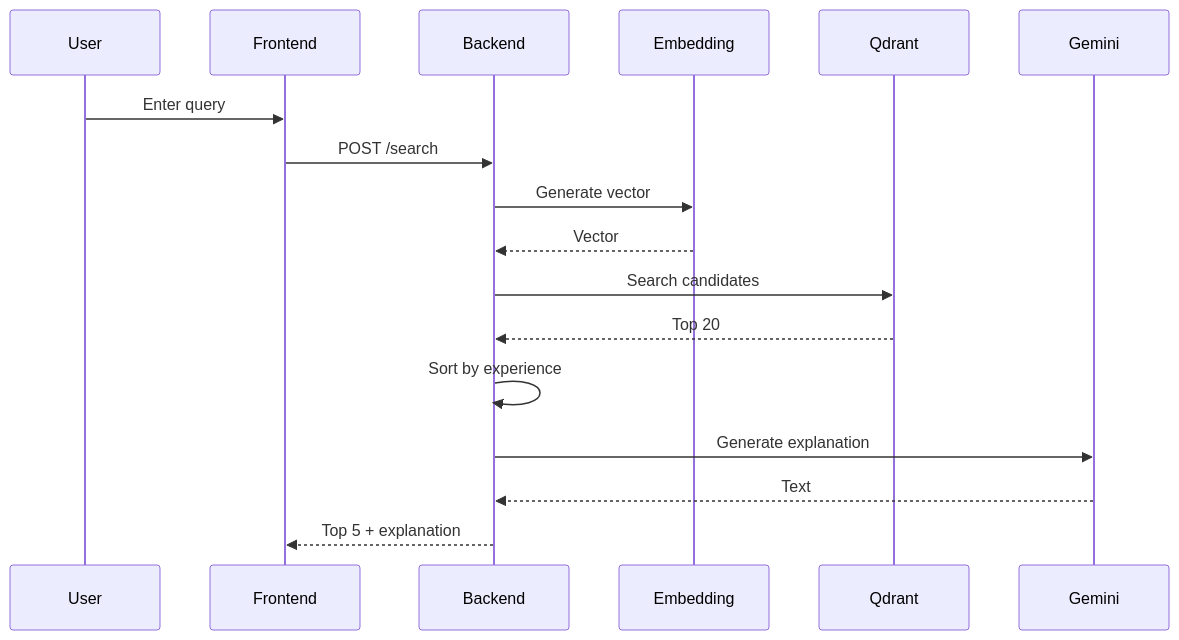
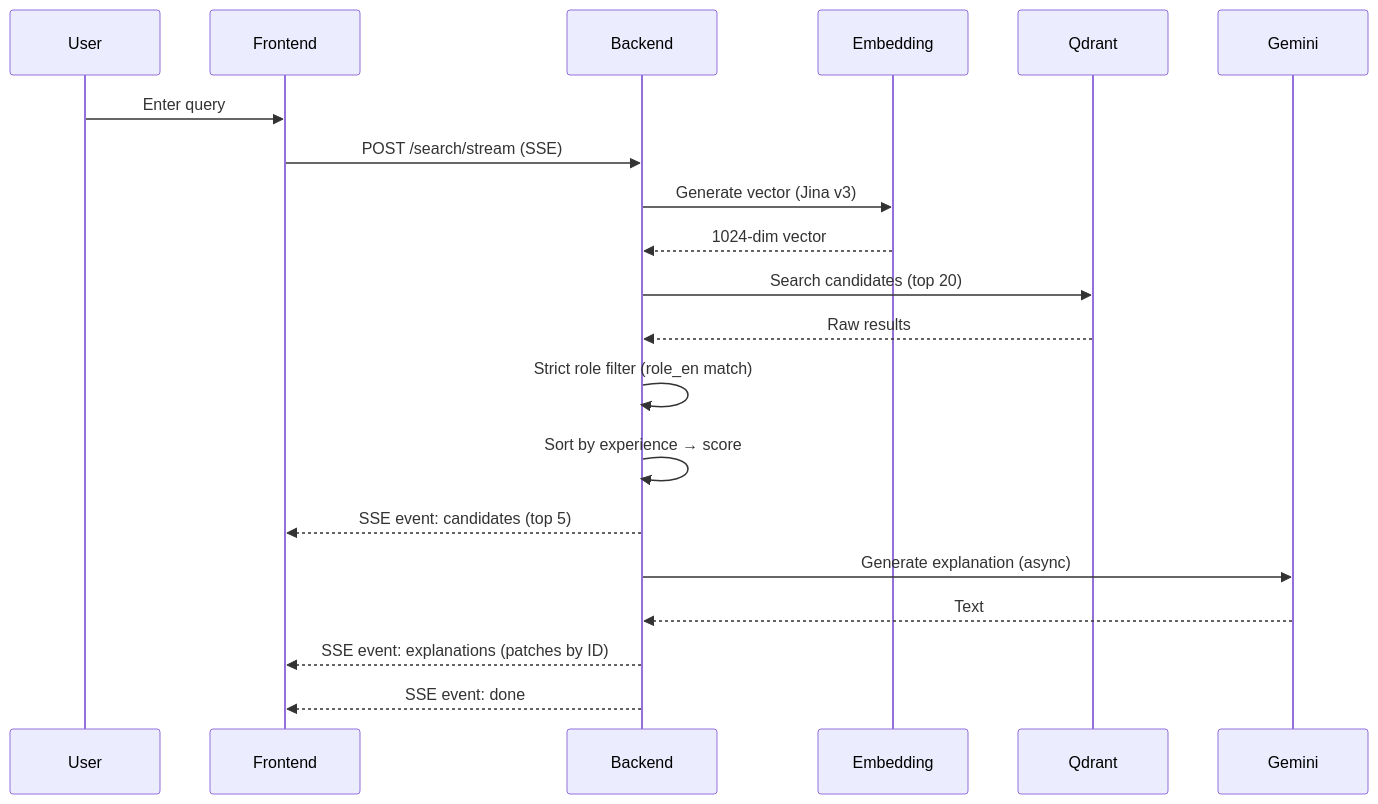
Before and after one commit to nngo23/Implementing-IoT-Pipeline: the first of 2 diagrams in Candidate_Search_System/docs/API_DOCUMENTATION.md, drawn with Mermaid. The commit also changed other lines of this file and 22 other files, not shown here.

````diff
--- a/Candidate_Search_System/docs/API_DOCUMENTATION.md
+++ b/Candidate_Search_System/docs/API_DOCUMENTATION.md
@@ -23,25 +25,28 @@
 ```mermaid
 sequenceDiagram
 participant User
 participant Frontend
 participant Backend
 participant Embedding
 participant Qdrant
 participant Gemini
 
     User->>Frontend: Enter query
-    Frontend->>Backend: POST /search
+    Frontend->>Backend: POST /search/stream (SSE)
 
-    Backend->>Embedding: Generate vector
-    Embedding-->>Backend: Vector
+    Backend->>Embedding: Generate vector (Jina v3)
+    Embedding-->>Backend: 1024-dim vector
 
-    Backend->>Qdrant: Search candidates
-    Qdrant-->>Backend: Top 20
+    Backend->>Qdrant: Search candidates (top 20)
+    Qdrant-->>Backend: Raw results
 
-    Backend->>Backend: Sort by experience
+    Backend->>Backend: Strict role filter (role_en match)
+    Backend->>Backend: Sort by experience → score
+    Backend-->>Frontend: SSE event: candidates (top 5)
 
-    Backend->>Gemini: Generate explanation
+    Backend->>Gemini: Generate explanation (async)
     Gemini-->>Backend: Text
 
-    Backend-->>Frontend: Top 5 + explanation
+    Backend-->>Frontend: SSE event: explanations (patches by ID)
+    Backend-->>Frontend: SSE event: done
 ```
````
